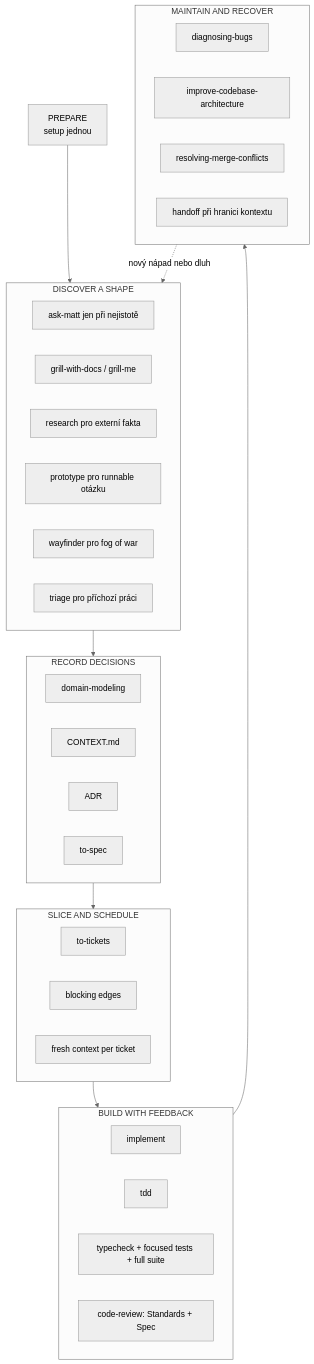
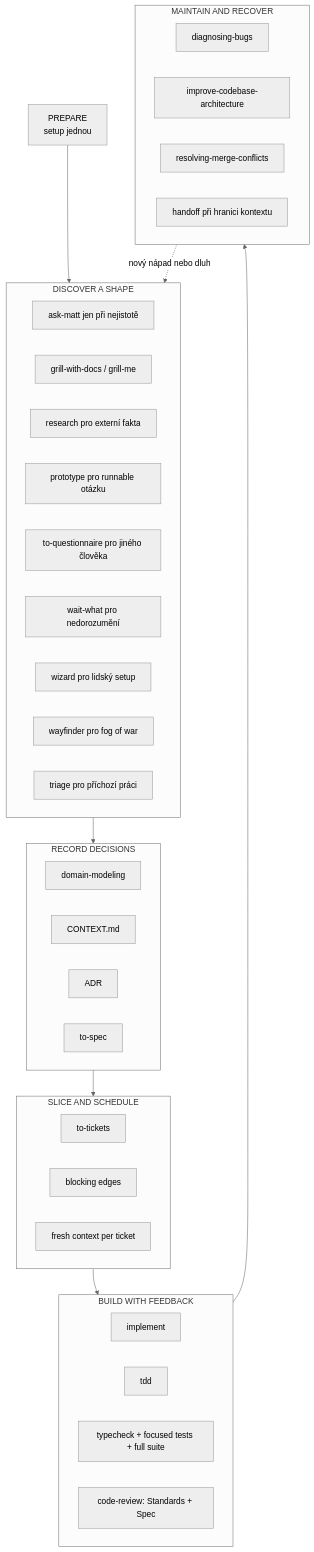
The ninth of 9 diagrams in docs/knowledge/matt-pocock/matt-pocock-skills-kompletni-mapa.md (MartiXDev/skills), drawn with Mermaid (neutral theme) before and after one commit. The commit also changed other lines of this file and 75 other files, not shown here.

````diff
--- a/docs/knowledge/matt-pocock/matt-pocock-skills-kompletni-mapa.md
+++ b/docs/knowledge/matt-pocock/matt-pocock-skills-kompletni-mapa.md
@@ -723,46 +807,49 @@
 ```mermaid
 flowchart TB
     PRE["PREPARE<br/>setup jednou"] --> DISCOVER
 
     subgraph DISCOVER["DISCOVER A SHAPE"]
         A[ask-matt jen při nejistotě]
         G[grill-with-docs / grill-me]
         R[research pro externí fakta]
         P[prototype pro runnable otázku]
+        Q[to-questionnaire pro jiného člověka]
+        WW[wait-what pro nedorozumění]
+        WZ[wizard pro lidský setup]
         W[wayfinder pro fog of war]
         T[triage pro příchozí práci]
     end
 
     DISCOVER --> RECORD
     subgraph RECORD["RECORD DECISIONS"]
         D[domain-modeling]
         C[CONTEXT.md]
         ADR[ADR]
         S[to-spec]
     end
 
     RECORD --> SLICE
     subgraph SLICE["SLICE AND SCHEDULE"]
         TT[to-tickets]
         BE[blocking edges]
         FC[fresh context per ticket]
     end
 
     SLICE --> BUILD
     subgraph BUILD["BUILD WITH FEEDBACK"]
         I[implement]
         TD[tdd]
         CH[typecheck + focused tests + full suite]
         CR[code-review: Standards + Spec]
     end
 
     BUILD --> MAINTAIN
     subgraph MAINTAIN["MAINTAIN AND RECOVER"]
         DB[diagnosing-bugs]
         AR[improve-codebase-architecture]
         MC[resolving-merge-conflicts]
         H[handoff při hranici kontextu]
     end
 
     MAINTAIN -.->|nový nápad nebo dluh| DISCOVER
 ```
````
